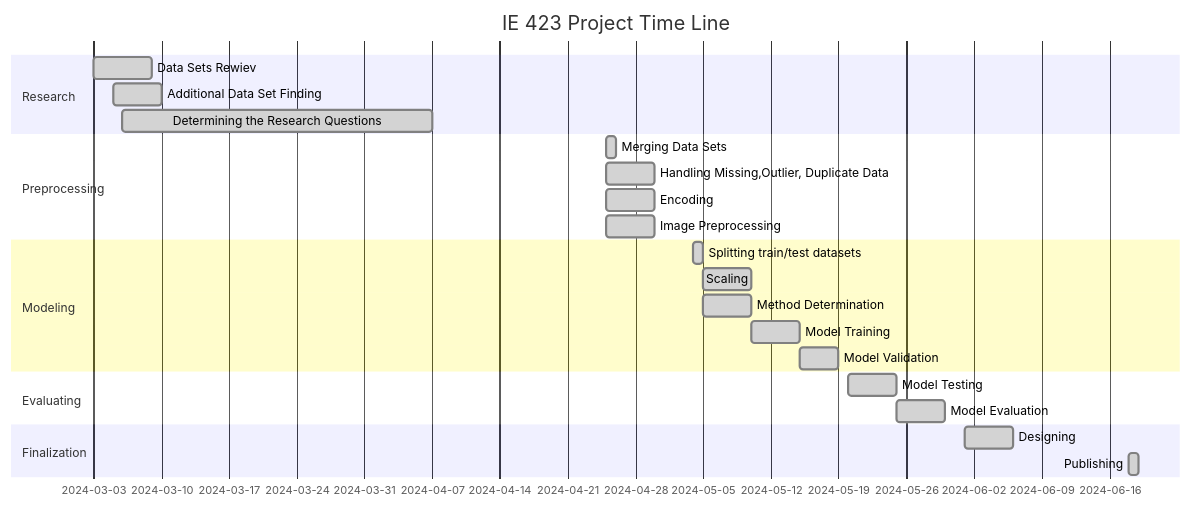
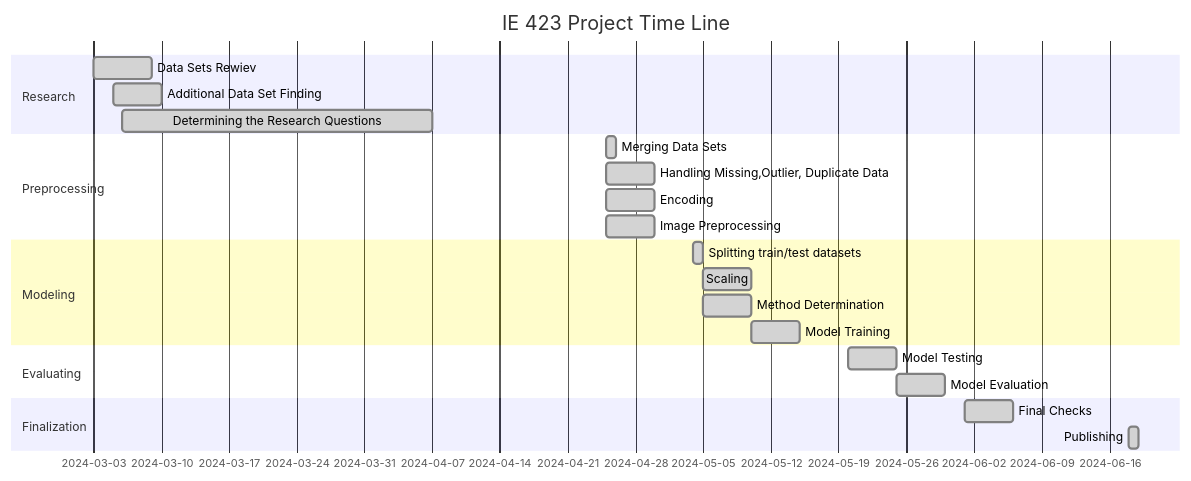
One commit to BILGI-IE-423/ie423-2024-termproject-ai-world changed the diagram in README.md. Above: the diagram before and after it, drawn with Mermaid.

````diff
--- a/README.md
+++ b/README.md
@@ -197,34 +197,34 @@
 ```mermaid
 
 gantt
        dateFormat  YYYY-MM-DD
        title IE 423 Project Time Line
 
        section Research
        Data Sets Rewiev                                   :done, des1, 2024-03-03,6d
        Additional Data Set Finding                        :done, des2, 2024-03-05,5d
        Determining the Research Questions                 :done, des3, 2024-03-06,2024-04-07
 
        section Preprocessing
        Merging Data Sets                                  :done, des4, 2024-04-25, 1d
        Handling Missing,Outlier, Duplicate Data           :done, des5, 2024-04-25, 5d
        Encoding                                           :done, des6, 2024-04-25, 5d
        Image Preprocessing                                :done, des7, 2024-04-25, 5d
 
        section Modeling
        Splitting train/test datasets                      :done, des8, 2024-05-04, 1d
        Scaling                                            :done, des9, 2024-05-05, 5d
        Method Determination                               :done, des10, 2024-05-05, 5d
        Model Training                                     :done, des11, 2024-05-10, 5d
-       Model Validation                                   :done, des12, 2024-05-15, 4d
+      
 
        section Evaluating
-       Model Testing                                      :done, des13, 2024-05-20,5d
-       Model Evaluation                                   :done, des14, 2024-05-25, 5d
+       Model Testing                                      :done, des12, 2024-05-20,5d
+       Model Evaluation                                   :done, des13, 2024-05-25, 5d
 
        section Finalization
-       Designing                                          :done, des15, 2024-06-01,5d
-       Publishing                                         :done, des16, 2024-06-18, 1d
+       Final Checks                                       :done, des14, 2024-06-01,5d
+       Publishing                                         :done, des15, 2024-06-18, 1d
     
 
 ```
````
